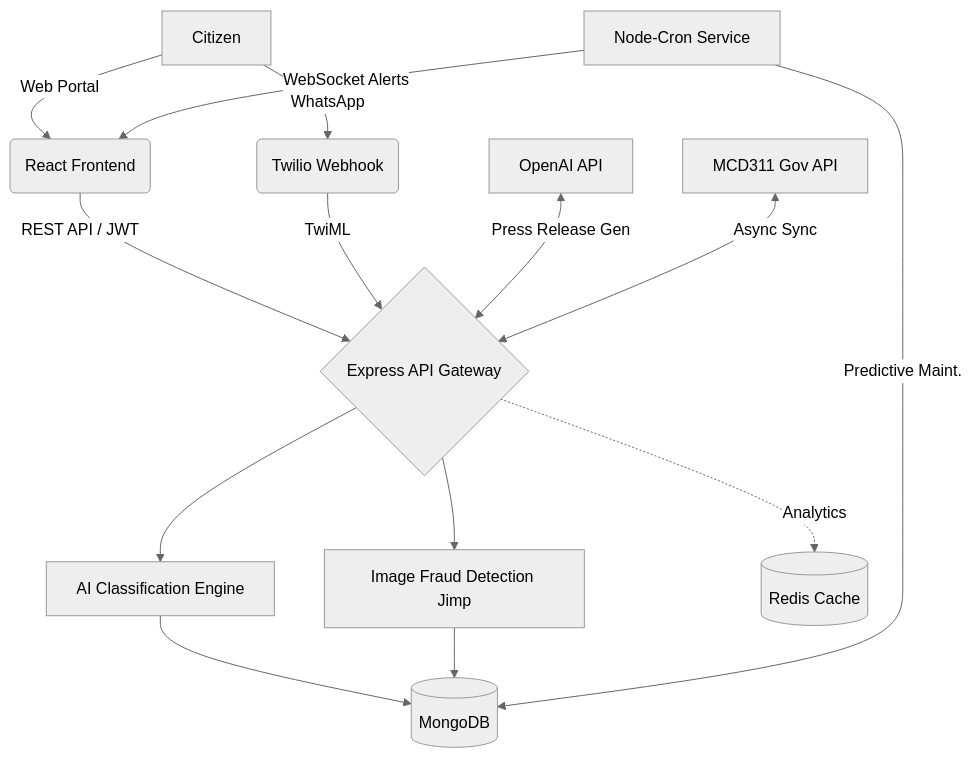
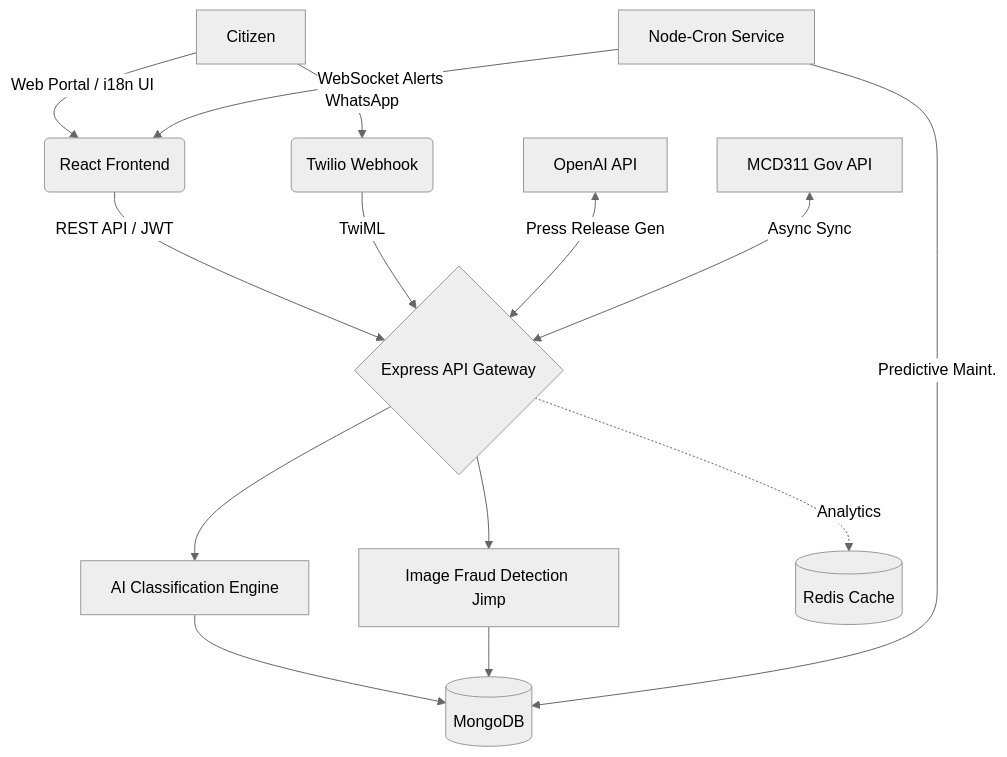
One commit to pankeshbhagore/CM-Grievance-System changed the diagram in README.md. Above: the diagram before and after it, drawn with Mermaid (neutral theme). The commit also changed other lines of this file, not shown here.

````diff
--- a/README.md
+++ b/README.md
@@ -60,22 +85,22 @@
 ```mermaid
 graph TD
-    A[Citizen] -->|Web Portal| B(React Frontend)
+    A[Citizen] -->|Web Portal / i18n UI| B(React Frontend)
     A -->|WhatsApp| C(Twilio Webhook)
     
     B -->|REST API / JWT| D{Express API Gateway}
     C -->|TwiML| D
     
     D --> E[AI Classification Engine]
     D --> F[Image Fraud Detection Jimp]
     
     E --> G[(MongoDB)]
     F --> G
     
     D -.->|Analytics| H[(Redis Cache)]
     
     I[Node-Cron Service] -->|Predictive Maint.| G
     I -->|WebSocket Alerts| B
     
     J[OpenAI API] <-->|Press Release Gen| D
     K[MCD311 Gov API] <-->|Async Sync| D
 ```
````
